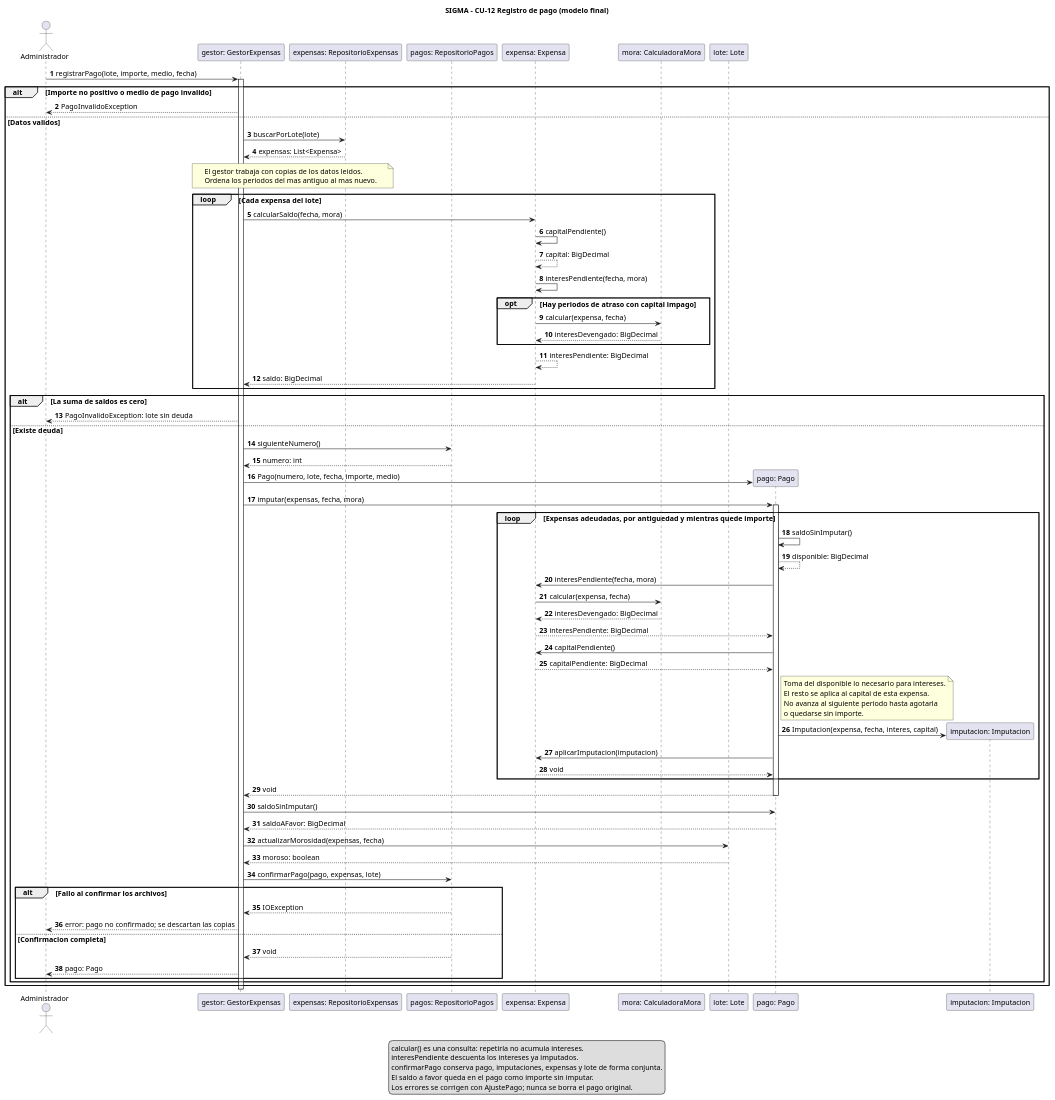
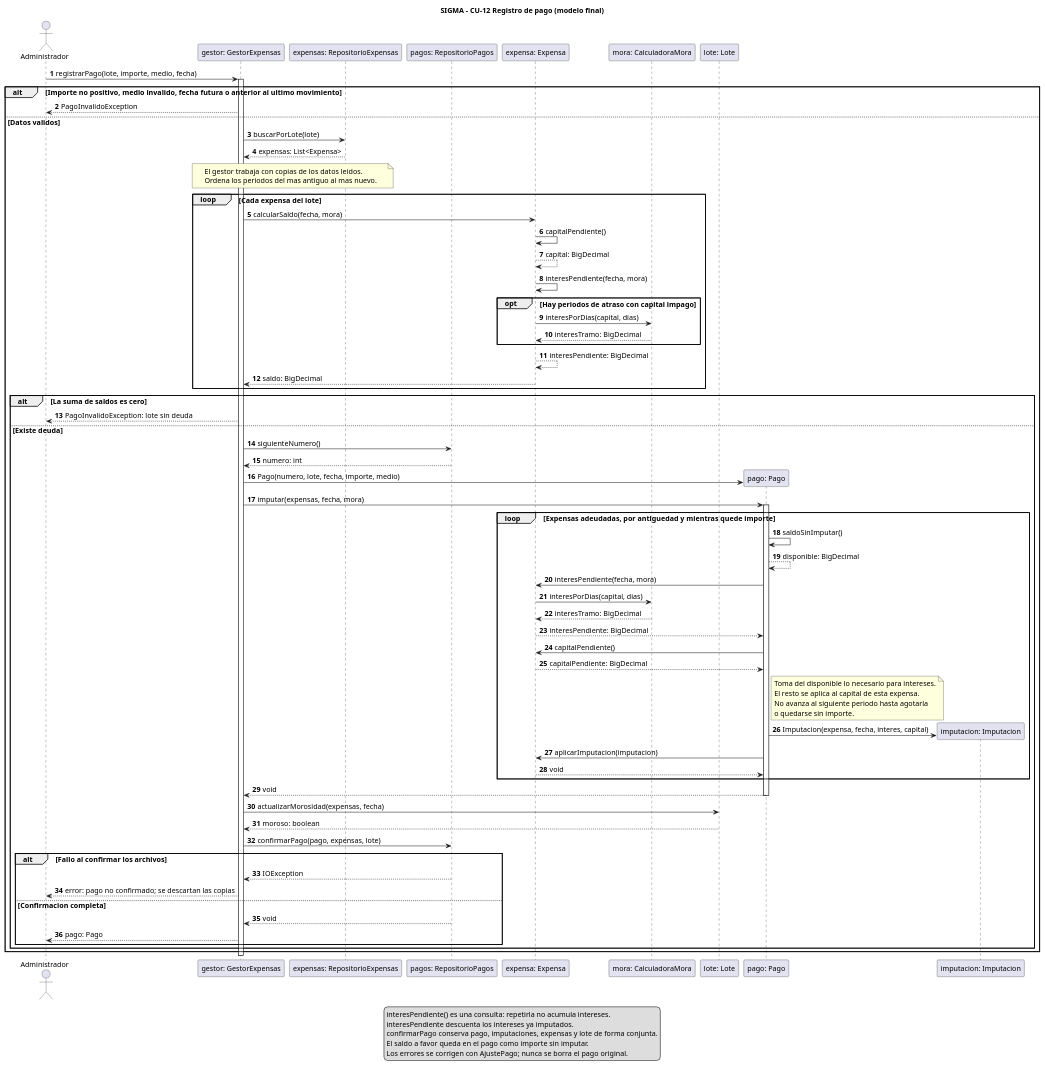
The diagram in docs/uml/secuencia-pago-final.puml (fedemarr/TP-POO-SIGMA), drawn with PlantUML before and after one commit. The commit also changed 42 other files, not shown here.

```diff
--- a/docs/uml/secuencia-pago-final.puml
+++ b/docs/uml/secuencia-pago-final.puml
@@ -1,92 +1,90 @@
 @startuml secuencia-pago-final
 title SIGMA - CU-12 Registro de pago (modelo final)
 scale max 3800*3800
 skinparam shadowing false
 skinparam defaultFontName Arial
 skinparam defaultFontSize 14
 autonumber
 actor Administrador as Actor
 participant "gestor: GestorExpensas" as Gestor
 participant "expensas: RepositorioExpensas" as RE
 participant "pagos: RepositorioPagos" as RP
 participant "expensa: Expensa" as E
 participant "mora: CalculadoraMora" as Mora
 participant "lote: Lote" as Lote
 
 Actor -> Gestor: registrarPago(lote, importe, medio, fecha)
 activate Gestor
-alt Importe no positivo o medio de pago invalido
+alt Importe no positivo, medio invalido, fecha futura o anterior al ultimo movimiento
   Gestor --> Actor: PagoInvalidoException
 else Datos validos
   Gestor -> RE: buscarPorLote(lote)
   RE --> Gestor: expensas: List<Expensa>
   note over Gestor,RE
     El gestor trabaja con copias de los datos leidos.
     Ordena los periodos del mas antiguo al mas nuevo.
   end note
   loop Cada expensa del lote
     Gestor -> E: calcularSaldo(fecha, mora)
     E -> E: capitalPendiente()
     E --> E: capital: BigDecimal
     E -> E: interesPendiente(fecha, mora)
     opt Hay periodos de atraso con capital impago
-      E -> Mora: calcular(expensa, fecha)
-      Mora --> E: interesDevengado: BigDecimal
+      E -> Mora: interesPorDias(capital, dias)
+      Mora --> E: interesTramo: BigDecimal
     end
     E --> E: interesPendiente: BigDecimal
     E --> Gestor: saldo: BigDecimal
   end
   alt La suma de saldos es cero
     Gestor --> Actor: PagoInvalidoException: lote sin deuda
   else Existe deuda
     Gestor -> RP: siguienteNumero()
     RP --> Gestor: numero: int
     create participant "pago: Pago" as P
     Gestor -> P: Pago(numero, lote, fecha, importe, medio)
     Gestor -> P: imputar(expensas, fecha, mora)
     activate P
     loop Expensas adeudadas, por antiguedad y mientras quede importe
       P -> P: saldoSinImputar()
       P --> P: disponible: BigDecimal
       P -> E: interesPendiente(fecha, mora)
-      E -> Mora: calcular(expensa, fecha)
-      Mora --> E: interesDevengado: BigDecimal
+      E -> Mora: interesPorDias(capital, dias)
+      Mora --> E: interesTramo: BigDecimal
       E --> P: interesPendiente: BigDecimal
       P -> E: capitalPendiente()
       E --> P: capitalPendiente: BigDecimal
       note right of P
         Toma del disponible lo necesario para intereses.
         El resto se aplica al capital de esta expensa.
         No avanza al siguiente periodo hasta agotarla
         o quedarse sin importe.
       end note
       create participant "imputacion: Imputacion" as I
       P -> I: Imputacion(expensa, fecha, interes, capital)
       P -> E: aplicarImputacion(imputacion)
       E --> P: void
     end
     P --> Gestor: void
     deactivate P
-    Gestor -> P: saldoSinImputar()
-    P --> Gestor: saldoAFavor: BigDecimal
     Gestor -> Lote: actualizarMorosidad(expensas, fecha)
     Lote --> Gestor: moroso: boolean
     Gestor -> RP: confirmarPago(pago, expensas, lote)
     alt Fallo al confirmar los archivos
       RP --> Gestor: IOException
       Gestor --> Actor: error: pago no confirmado; se descartan las copias
     else Confirmacion completa
       RP --> Gestor: void
       Gestor --> Actor: pago: Pago
     end
   end
 end
 deactivate Gestor
 legend bottom
-  calcular() es una consulta: repetirla no acumula intereses.
+  interesPendiente() es una consulta: repetirla no acumula intereses.
   interesPendiente descuenta los intereses ya imputados.
   confirmarPago conserva pago, imputaciones, expensas y lote de forma conjunta.
   El saldo a favor queda en el pago como importe sin imputar.
   Los errores se corrigen con AjustePago; nunca se borra el pago original.
 endlegend
 @enduml
```
